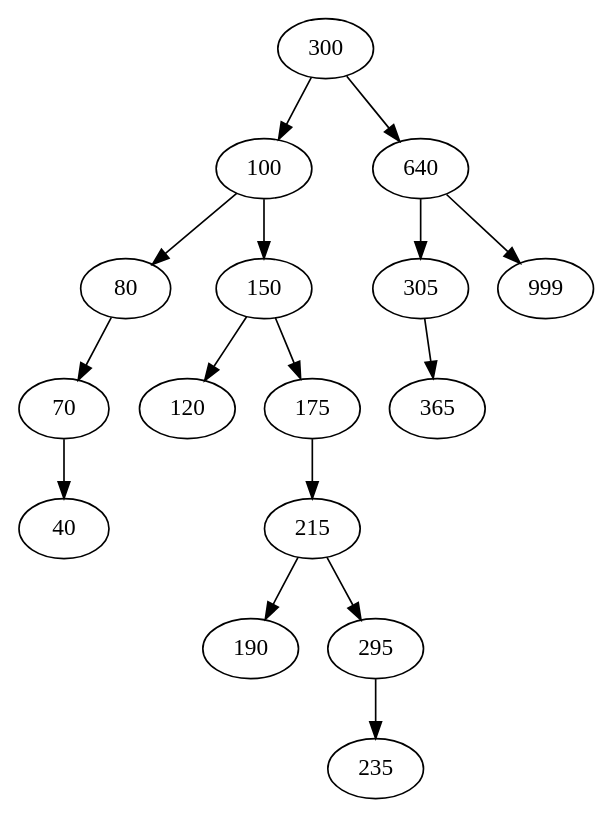
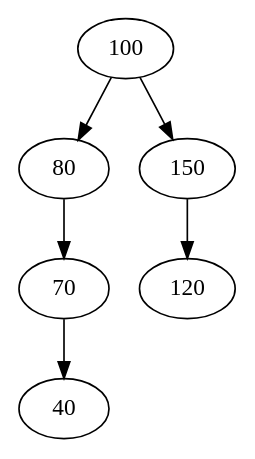
The diagram in grafica_arbol.dot (Edwinhndz/201807124_EDD_Proyecto), drawn with Graphviz before and after one commit. The commit also changed 24 other files, not shown here.

```diff
--- a/grafica_arbol.dot
+++ b/grafica_arbol.dot
@@ -1,47 +1,17 @@
 digraph G { 
-X10000123[label ="300"];
-X10000123->X20000123;
-X20000123[label ="100"];
 X20000123[label ="100"];
 X20000123->X60000123;
 X60000123[label ="80"];
 X60000123[label ="80"];
 X60000123->X90000123;
 X90000123[label ="70"];
 X90000123[label ="70"];
 X90000123->X05000123;
 X05000123[label ="40"];
 X20000123[label ="100"];
 X20000123->X30000123;
 X30000123[label ="150"];
 X30000123[label ="150"];
 X30000123->X04000123;
 X04000123[label ="120"];
-X30000123[label ="150"];
-X30000123->X50000123;
-X50000123[label ="175"];
-X50000123[label ="175"];
-X50000123->X70000123;
-X70000123[label ="215"];
-X70000123[label ="215"];
-X70000123->X03000123;
-X03000123[label ="190"];
-X70000123[label ="215"];
-X70000123->X80000123;
-X80000123[label ="295"];
-X80000123[label ="295"];
-X80000123->X01000123;
-X01000123[label ="235"];
-X10000123[label ="300"];
-X10000123->X40000123;
-X40000123[label ="640"];
-X40000123[label ="640"];
-X40000123->X02000123;
-X02000123[label ="305"];
-X02000123[label ="305"];
-X02000123->X06000123;
-X06000123[label ="365"];
-X40000123[label ="640"];
-X40000123->X07000123;
-X07000123[label ="999"];
  }
```
